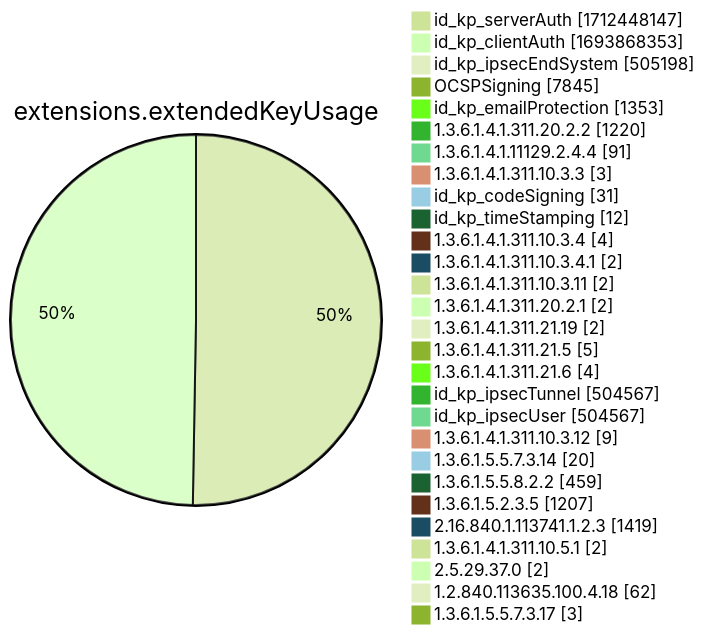
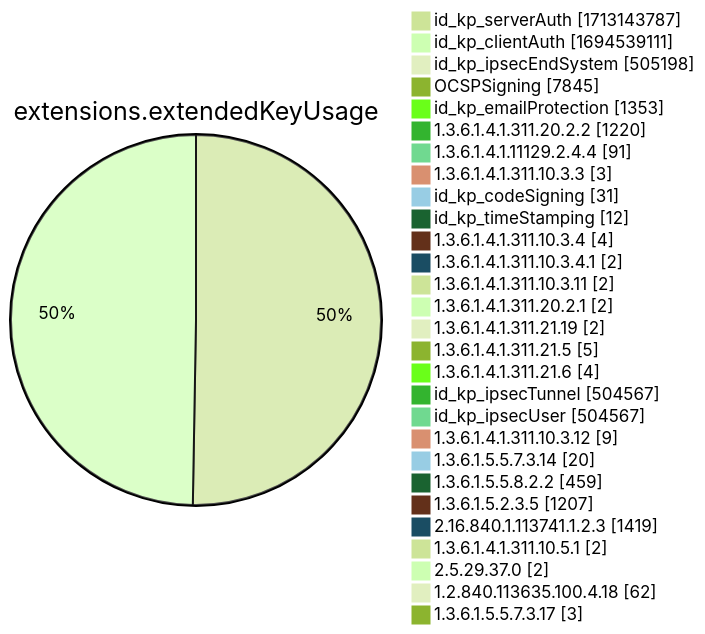
Before and after one commit to christiankrug/ctmonitor_visualization: diagram 12 of 15 in xenon2022/README.md, drawn with Mermaid (forest theme). The commit also changed other lines of this file, not shown here.

````diff
--- a/xenon2022/README.md
+++ b/xenon2022/README.md
@@ -3888,32 +3888,32 @@
 ```mermaid
 pie showData
 title extensions.extendedKeyUsage
-"id_kp_serverAuth" :1712448147
-"id_kp_clientAuth" :1693868353
+"id_kp_serverAuth" :1713143787
+"id_kp_clientAuth" :1694539111
 "id_kp_ipsecEndSystem" :505198
 "OCSPSigning" :7845
 "id_kp_emailProtection" :1353
 "1.3.6.1.4.1.311.20.2.2" :1220
 "1.3.6.1.4.1.11129.2.4.4" :91
 "1.3.6.1.4.1.311.10.3.3" :3
 "id_kp_codeSigning" :31
 "id_kp_timeStamping" :12
 "1.3.6.1.4.1.311.10.3.4" :4
 "1.3.6.1.4.1.311.10.3.4.1" :2
 "1.3.6.1.4.1.311.10.3.11" :2
 "1.3.6.1.4.1.311.20.2.1" :2
 "1.3.6.1.4.1.311.21.19" :2
 "1.3.6.1.4.1.311.21.5" :5
 "1.3.6.1.4.1.311.21.6" :4
 "id_kp_ipsecTunnel" :504567
 "id_kp_ipsecUser" :504567
 "1.3.6.1.4.1.311.10.3.12" :9
 "1.3.6.1.5.5.7.3.14" :20
 "1.3.6.1.5.5.8.2.2" :459
 "1.3.6.1.5.2.3.5" :1207
 "2.16.840.1.113741.1.2.3" :1419
 "1.3.6.1.4.1.311.10.5.1" :2
 "2.5.29.37.0" :2
 "1.2.840.113635.100.4.18" :62
 "1.3.6.1.5.5.7.3.17" :3
 ```
````
